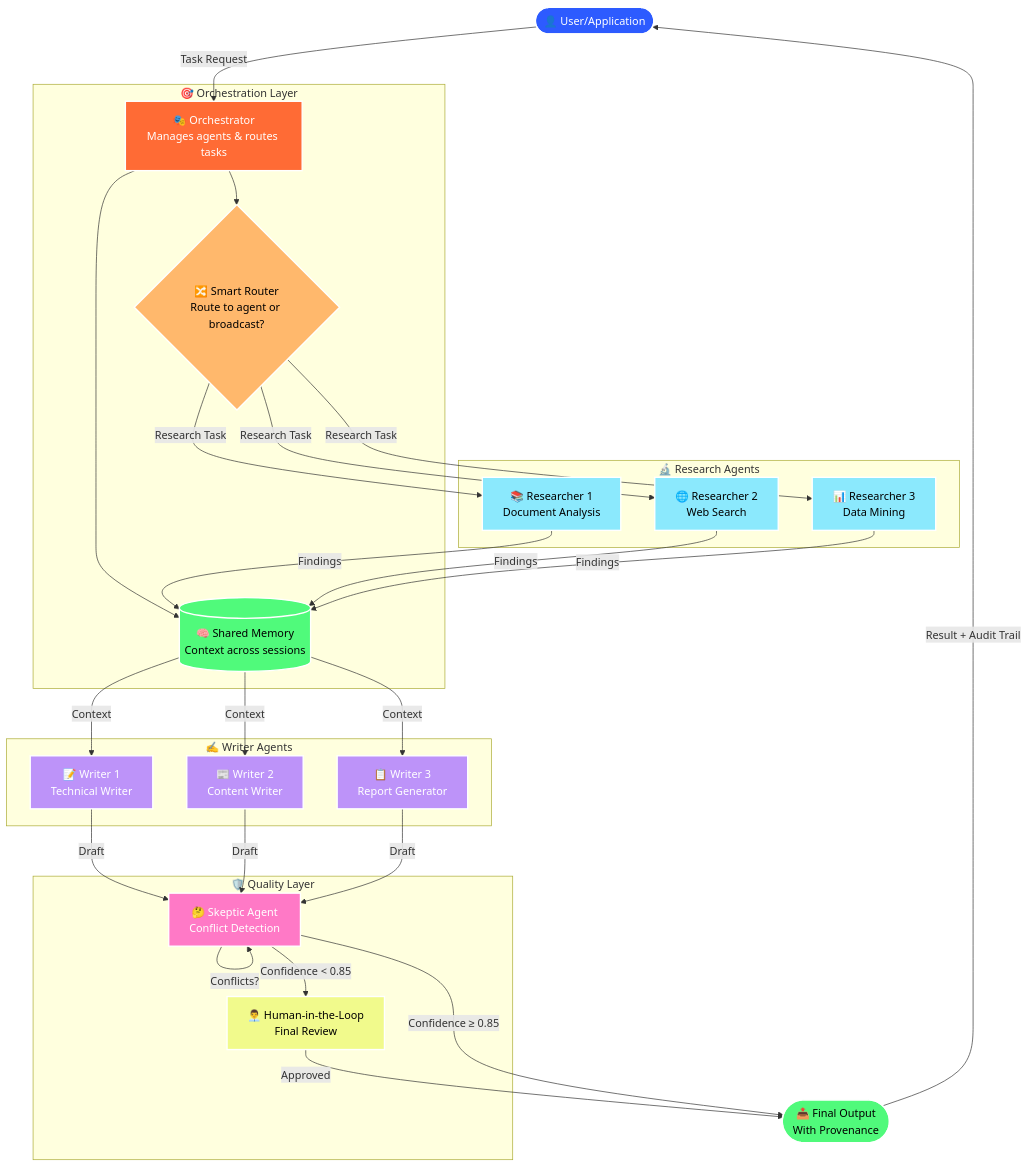
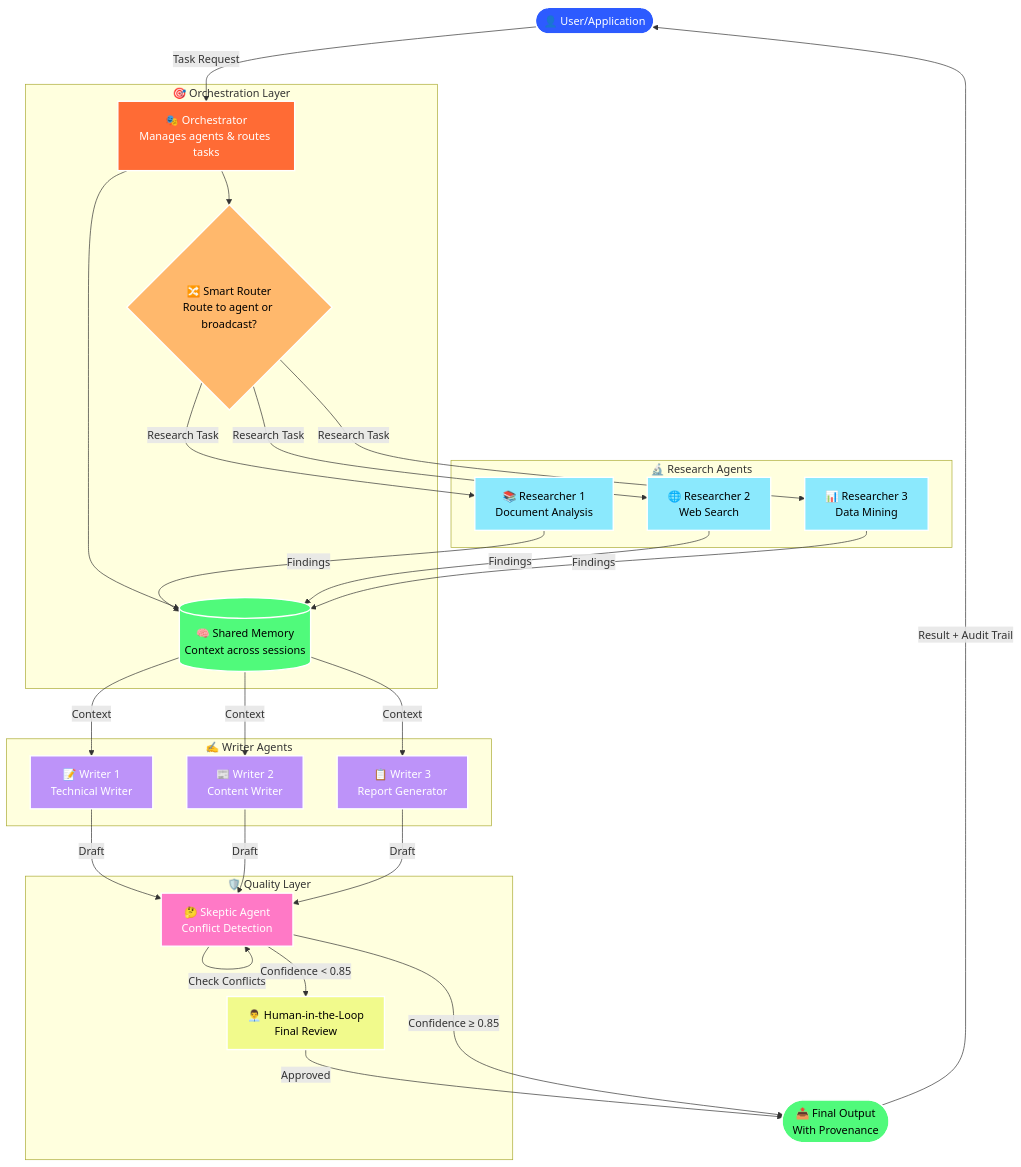
Before and after one commit to sachinecin/AHS_Agentic: the first of 5 diagrams in README.md, drawn with Mermaid. The commit also changed other lines of this file, not shown here.

Commit message:
Fix badge anchor links and improve diagram clarity

````diff
--- a/README.md
+++ b/README.md
@@ -20,70 +20,70 @@
 ```mermaid
 graph TB
     User([👤 User/Application])
     
     subgraph "🎯 Orchestration Layer"
         Orchestrator[🎭 Orchestrator<br/>Manages agents & routes tasks]
         SharedMemory[(🧠 Shared Memory<br/>Context across sessions)]
         Router{🔀 Smart Router<br/>Route to agent or broadcast?}
     end
     
     subgraph "🔬 Research Agents"
         R1[📚 Researcher 1<br/>Document Analysis]
         R2[🌐 Researcher 2<br/>Web Search]
         R3[📊 Researcher 3<br/>Data Mining]
     end
     
     subgraph "✍️ Writer Agents"
         W1[📝 Writer 1<br/>Technical Writer]
         W2[📰 Writer 2<br/>Content Writer]
         W3[📋 Writer 3<br/>Report Generator]
     end
     
     subgraph "🛡️ Quality Layer"
         Skeptic[🤔 Skeptic Agent<br/>Conflict Detection]
         HITL[👨‍💼 Human-in-the-Loop<br/>Final Review]
     end
     
     Output([📤 Final Output<br/>With Provenance])
     
     User -->|Task Request| Orchestrator
     Orchestrator --> SharedMemory
     Orchestrator --> Router
     
     Router -->|Research Task| R1
     Router -->|Research Task| R2
     Router -->|Research Task| R3
     
     R1 -->|Findings| SharedMemory
     R2 -->|Findings| SharedMemory
     R3 -->|Findings| SharedMemory
     
     SharedMemory -->|Context| W1
     SharedMemory -->|Context| W2
     SharedMemory -->|Context| W3
     
     W1 -->|Draft| Skeptic
     W2 -->|Draft| Skeptic
     W3 -->|Draft| Skeptic
     
-    Skeptic -->|Conflicts?| Skeptic
+    Skeptic -->|Check Conflicts| Skeptic
     Skeptic -->|Confidence < 0.85| HITL
     HITL -->|Approved| Output
     Skeptic -->|Confidence ≥ 0.85| Output
     
     Output -->|Result + Audit Trail| User
     
     style User fill:#2D5BFF,color:#fff,stroke:#fff,stroke-width:2px
     style Orchestrator fill:#FF6B35,color:#fff,stroke:#fff,stroke-width:2px
     style SharedMemory fill:#50FA7B,color:#000,stroke:#fff,stroke-width:2px
     style Router fill:#FFB86C,color:#000,stroke:#fff,stroke-width:2px
     style R1 fill:#8BE9FD,color:#000,stroke:#fff,stroke-width:2px
     style R2 fill:#8BE9FD,color:#000,stroke:#fff,stroke-width:2px
     style R3 fill:#8BE9FD,color:#000,stroke:#fff,stroke-width:2px
     style W1 fill:#BD93F9,color:#fff,stroke:#fff,stroke-width:2px
     style W2 fill:#BD93F9,color:#fff,stroke:#fff,stroke-width:2px
     style W3 fill:#BD93F9,color:#fff,stroke:#fff,stroke-width:2px
     style Skeptic fill:#FF79C6,color:#fff,stroke:#fff,stroke-width:2px
     style HITL fill:#F1FA8C,color:#000,stroke:#fff,stroke-width:2px
     style Output fill:#50FA7B,color:#000,stroke:#fff,stroke-width:2px
 ```
````
